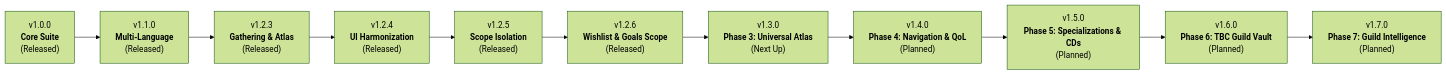
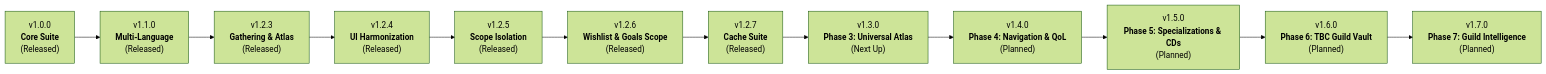
One commit to VhelCodez/GSFHub changed the diagram in ROADMAP.md. Above: the diagram before and after it, drawn with Mermaid (forest theme). The commit also changed other lines of this file and 13 other files, not shown here.

First line of the commit message:
feat(settings): data and cache management suite and pure character scoping (v1.2.7)

````diff
--- a/ROADMAP.md
+++ b/ROADMAP.md
@@ -9,13 +9,14 @@
 ```mermaid
 graph LR
     v10["v1.0.0<br/><b>Core Suite</b><br/>(Released)"] --> v11["v1.1.0<br/><b>Multi-Language</b><br/>(Released)"]
     v11 --> v12["v1.2.3<br/><b>Gathering & Atlas</b><br/>(Released)"]
     v12 --> v124["v1.2.4<br/><b>UI Harmonization</b><br/>(Released)"]
     v124 --> v125["v1.2.5<br/><b>Scope Isolation</b><br/>(Released)"]
     v125 --> v126["v1.2.6<br/><b>Wishlist & Goals Scope</b><br/>(Released)"]
-    v126 --> v13["v1.3.0<br/><b>Phase 3: Universal Atlas</b><br/>(Next Up)"]
+    v126 --> v127["v1.2.7<br/><b>Cache Suite</b><br/>(Released)"]
+    v127 --> v13["v1.3.0<br/><b>Phase 3: Universal Atlas</b><br/>(Next Up)"]
     v13 --> v14["v1.4.0<br/><b>Phase 4: Navigation & QoL</b><br/>(Planned)"]
     v14 --> v15["v1.5.0<br/><b>Phase 5: Specializations & CDs</b><br/>(Planned)"]
     v15 --> v16["v1.6.0<br/><b>Phase 6: TBC Guild Vault</b><br/>(Planned)"]
     v16 --> v17["v1.7.0<br/><b>Phase 7: Guild Intelligence</b><br/>(Planned)"]
 ```
````
